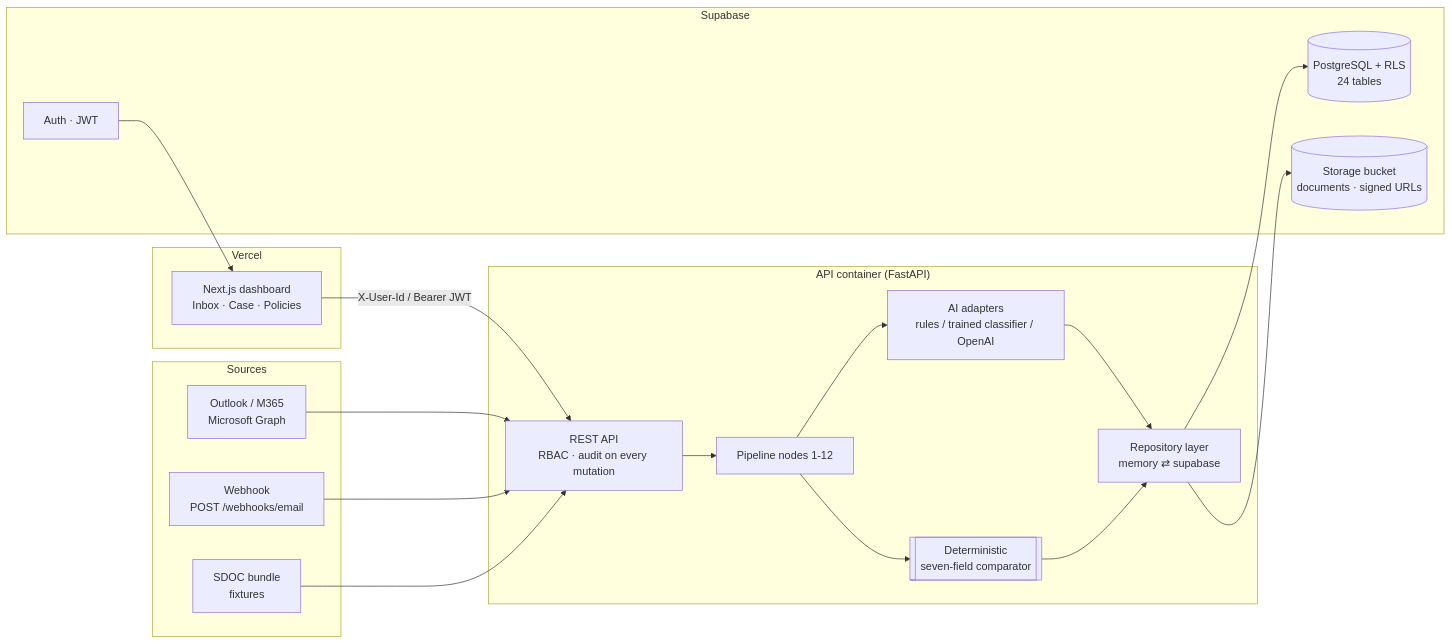
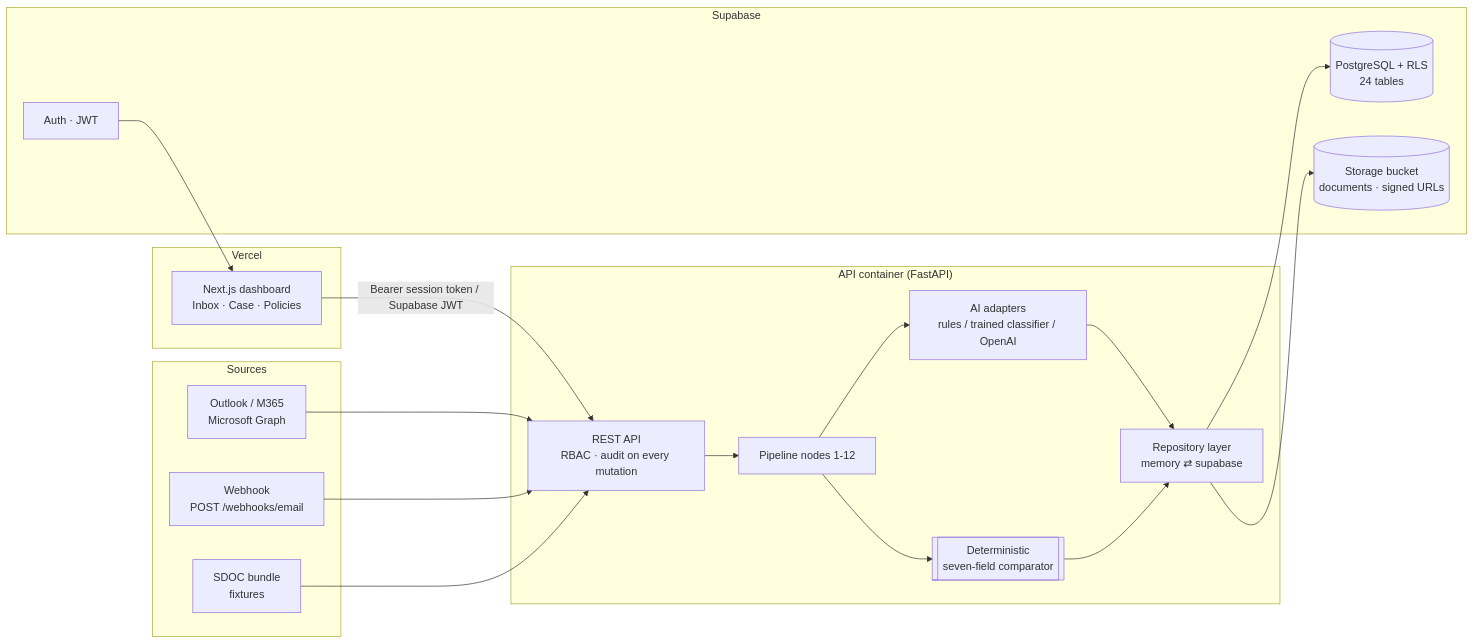
One commit to Hermann-33/NovaShip_Averis changed the second of 2 diagrams in README.md. Above: the diagram before and after it, drawn with Mermaid. The commit also changed other lines of this file and 25 other files, not shown here.

````diff
--- a/README.md
+++ b/README.md
@@ -174,24 +175,24 @@
 ```mermaid
 flowchart LR
     subgraph Sources
         O[Outlook / M365<br/>Microsoft Graph] ; W[Webhook<br/>POST /webhooks/email] ; BND[SDOC bundle<br/>fixtures]
     end
     subgraph Vercel
         FE[Next.js dashboard<br/>Inbox · Case · Policies]
     end
     subgraph "API container (FastAPI)"
         API[REST API<br/>RBAC · audit on every mutation]
         PIPE[Pipeline nodes 1-12]
         AI[AI adapters<br/>rules / trained classifier / OpenAI]
         CMP[[Deterministic<br/>seven-field comparator]]
         REPO[Repository layer<br/>memory ⇄ supabase]
     end
     subgraph Supabase
         PG[(PostgreSQL + RLS<br/>24 tables)]
         ST[(Storage bucket<br/>documents · signed URLs)]
         AU[Auth · JWT]
     end
     O & W & BND --> API --> PIPE --> AI & CMP --> REPO --> PG & ST
-    FE -->|X-User-Id / Bearer JWT| API
+    FE -->|Bearer session token / Supabase JWT| API
     AU --> FE
 ```
````
